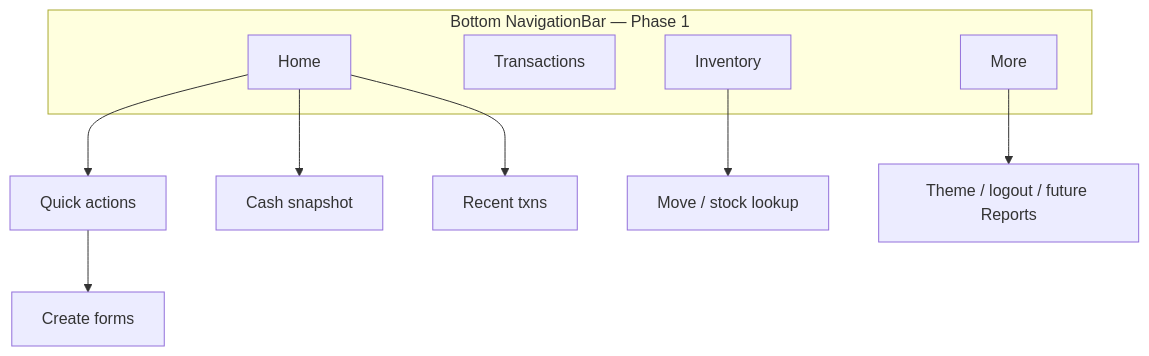
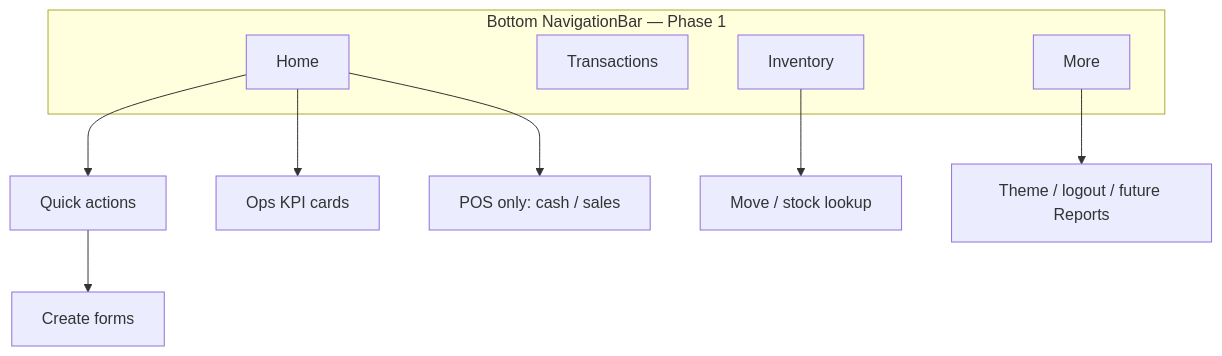
One commit to ariantog/aria changed the diagram in apps/aria_mobile/doc/mobile-app-design-direction.md. Above: the diagram before and after it, drawn with Mermaid. The commit also changed other lines of this file, not shown here.

First line of the commit message:
docs(mobile): default Home to ops dashboard, cash UI in POS mode only

````diff
--- a/apps/aria_mobile/doc/mobile-app-design-direction.md
+++ b/apps/aria_mobile/doc/mobile-app-design-direction.md
@@ -31,15 +31,15 @@
 ```mermaid
 flowchart TB
   subgraph nav [Bottom NavigationBar — Phase 1]
     Home[Home]
     Txn[Transactions]
     Inv[Inventory]
     More[More]
   end
   Home --> QA[Quick actions]
-  Home --> CF[Cash snapshot]
-  Home --> Recent[Recent txns]
+  Home --> KPIs[Ops KPI cards]
+  Home --> POS[POS only: cash / sales]
   QA --> Forms[Create forms]
   Inv --> Move[Move / stock lookup]
   More --> Theme[Theme / logout / future Reports]
 ```
````
